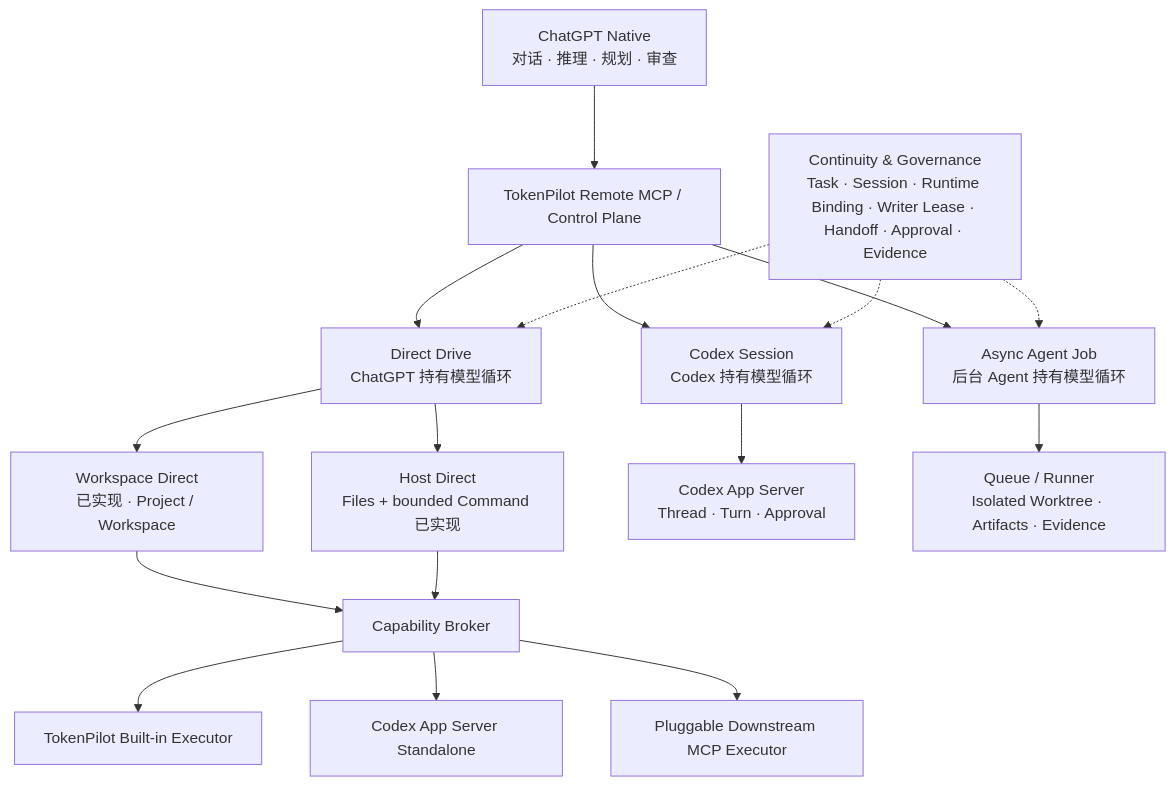
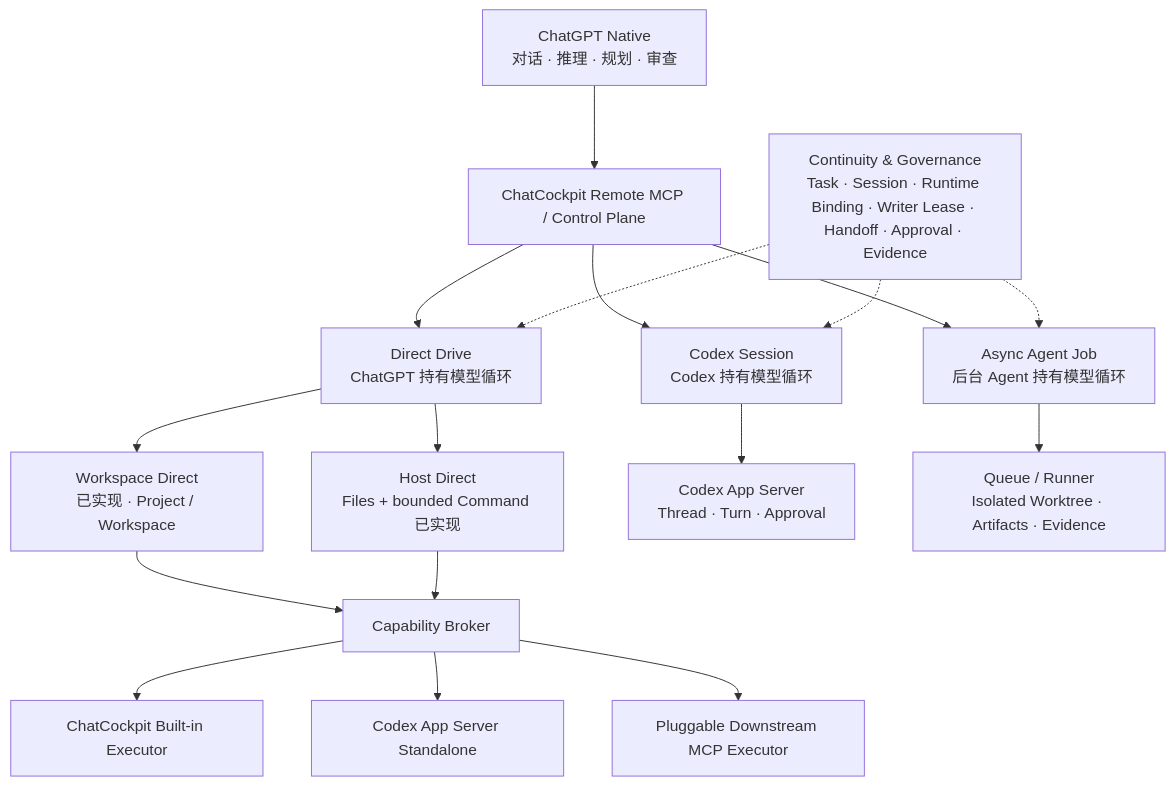
The diagram in README.md (wuaishare/ChatCockpit), drawn with Mermaid before and after one commit. The commit also changed other lines of this file and 31 other files, not shown here.

Commit message:
切换 ChatCockpit 公共品牌与使用文档

````diff
--- a/README.md
+++ b/README.md
@@ -25,24 +25,24 @@
 ```mermaid
 flowchart TB
-    Chat["ChatGPT Native<br/>对话 · 推理 · 规划 · 审查"] --> MCP["TokenPilot Remote MCP / Control Plane"]
+    Chat["ChatGPT Native<br/>对话 · 推理 · 规划 · 审查"] --> MCP["ChatCockpit Remote MCP / Control Plane"]
 
     MCP --> Direct["Direct Drive<br/>ChatGPT 持有模型循环"]
     MCP --> Codex["Codex Session<br/>Codex 持有模型循环"]
     MCP --> Async["Async Agent Job<br/>后台 Agent 持有模型循环"]
 
     Direct --> Workspace["Workspace Direct<br/>已实现 · Project / Workspace"]
     Direct --> Host["Host Direct<br/>Files + bounded Command 已实现"]
 
     Workspace --> Broker["Capability Broker"]
     Host --> Broker
-    Broker --> BuiltIn["TokenPilot Built-in Executor"]
+    Broker --> BuiltIn["ChatCockpit Built-in Executor"]
     Broker --> Standalone["Codex App Server Standalone"]
     Broker --> Downstream["Pluggable Downstream MCP Executor"]
 
     Codex --> AppServer["Codex App Server<br/>Thread · Turn · Approval"]
     Async --> Runner["Queue / Runner<br/>Isolated Worktree · Artifacts · Evidence"]
 
     Governance["Continuity & Governance<br/>Task · Session · Runtime Binding · Writer Lease · Handoff · Approval · Evidence"] -.-> Direct
     Governance -.-> Codex
     Governance -.-> Async
 ```
````
